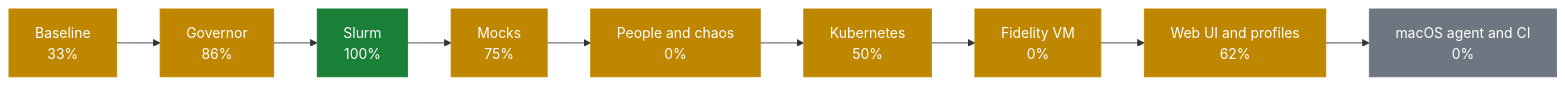
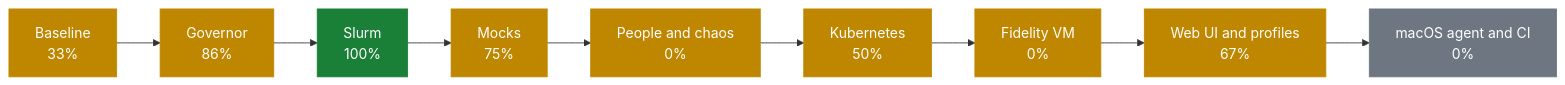
One commit to AhmedYousriSobhi/workbench changed the first of 2 diagrams in docs/PROGRESS.md. Above: the diagram before and after it, drawn with Mermaid. The commit also changed other lines of this file and 11 other files, not shown here.

````diff
--- a/docs/PROGRESS.md
+++ b/docs/PROGRESS.md
@@ -10,17 +10,17 @@
 ```mermaid
 flowchart LR
     p0["Baseline<br/>33%"]:::partial
     p1["Governor<br/>86%"]:::partial
     p2["Slurm<br/>100%"]:::done
     p3["Mocks<br/>75%"]:::partial
     p4["People and chaos<br/>0%"]:::partial
     p5["Kubernetes<br/>50%"]:::partial
     p6["Fidelity VM<br/>0%"]:::partial
-    p7["Web UI and profiles<br/>62%"]:::partial
+    p7["Web UI and profiles<br/>67%"]:::partial
     p8["macOS agent and CI<br/>0%"]:::todo
     p0 --> p1 --> p2 --> p3 --> p4 --> p5 --> p6 --> p7 --> p8
     classDef done fill:#1a7f37,stroke:#1a7f37,color:#fff
     classDef review fill:#0969da,stroke:#0969da,color:#fff
     classDef partial fill:#bf8700,stroke:#bf8700,color:#fff
     classDef todo fill:#6e7781,stroke:#6e7781,color:#fff
 ```
````
